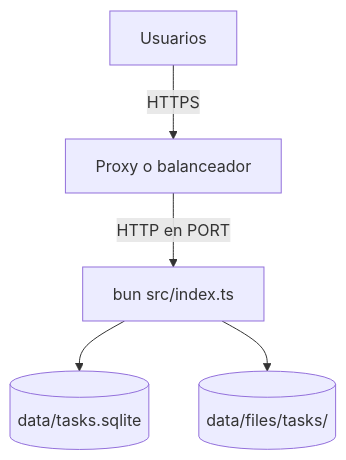
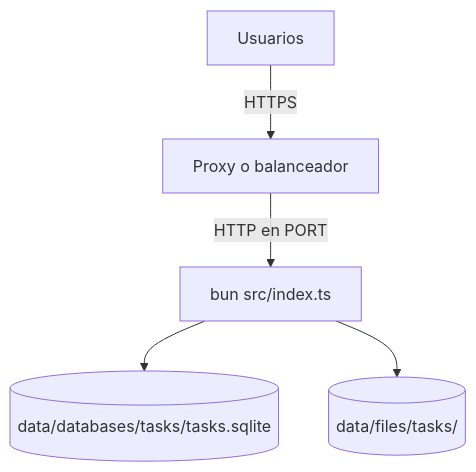
One commit to newt-js/newt changed the diagram in web/src/content/docs/es/guides/deploy.md. Above: the diagram before and after it, drawn with Mermaid. The commit also changed other lines of this file and 23 other files, not shown here.

Commit message:
feat!: a context's SQLite database goes in data/databases/<context>/

````diff
--- a/web/src/content/docs/es/guides/deploy.md
+++ b/web/src/content/docs/es/guides/deploy.md
@@ -19,7 +19,7 @@
 ```mermaid
 flowchart TD
   users[Usuarios] -->|HTTPS| proxy[Proxy o balanceador]
   proxy -->|HTTP en PORT| bun[bun src/index.ts]
-  bun --> db[(data/tasks.sqlite)]
+  bun --> db[(data/databases/tasks/tasks.sqlite)]
   bun --> files[(data/files/tasks/)]
 ```
````
